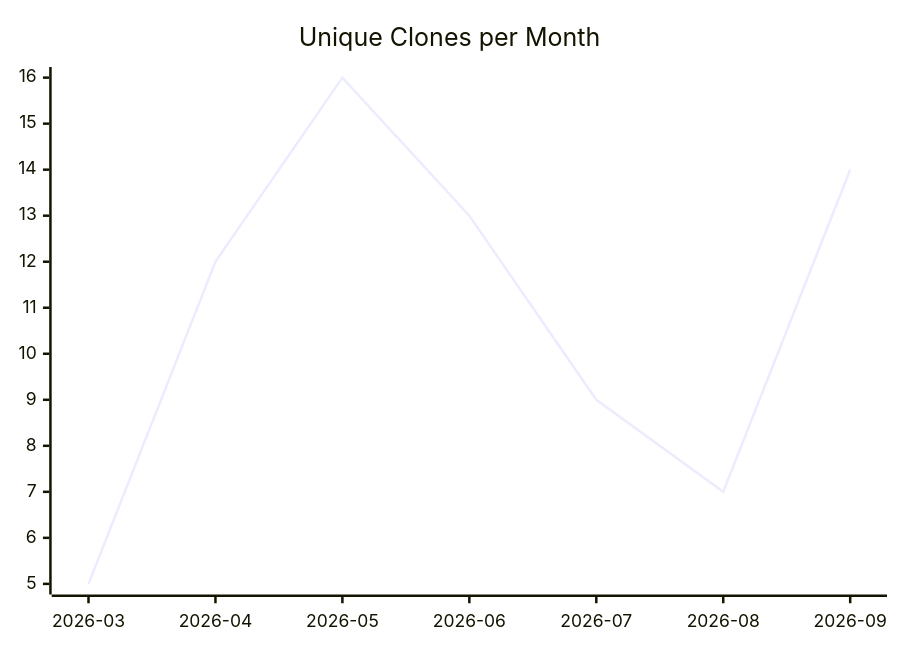
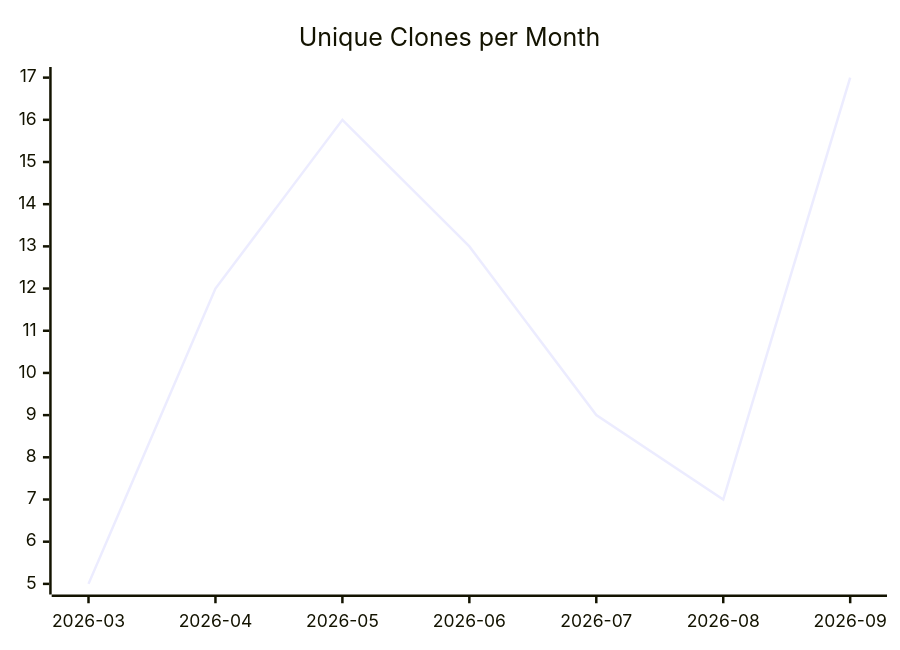
The third of 3 diagrams in karlmdavis/justdavis-karl/README.md (justdavis-family/github-analytics-data), drawn with Mermaid before and after one commit. The commit also changed other lines of this file and 200 other files, not shown here.

````diff
--- a/karlmdavis/justdavis-karl/README.md
+++ b/karlmdavis/justdavis-karl/README.md
@@ -19,6 +19,6 @@
 ```mermaid
 xychart-beta
   title "Unique Clones per Month"
   x-axis ["2026-03", "2026-04", "2026-05", "2026-06", "2026-07", "2026-08", "2026-09"]
-  line [5, 12, 16, 13, 9, 7, 14]
+  line [5, 12, 16, 13, 9, 7, 17]
 ```
````
